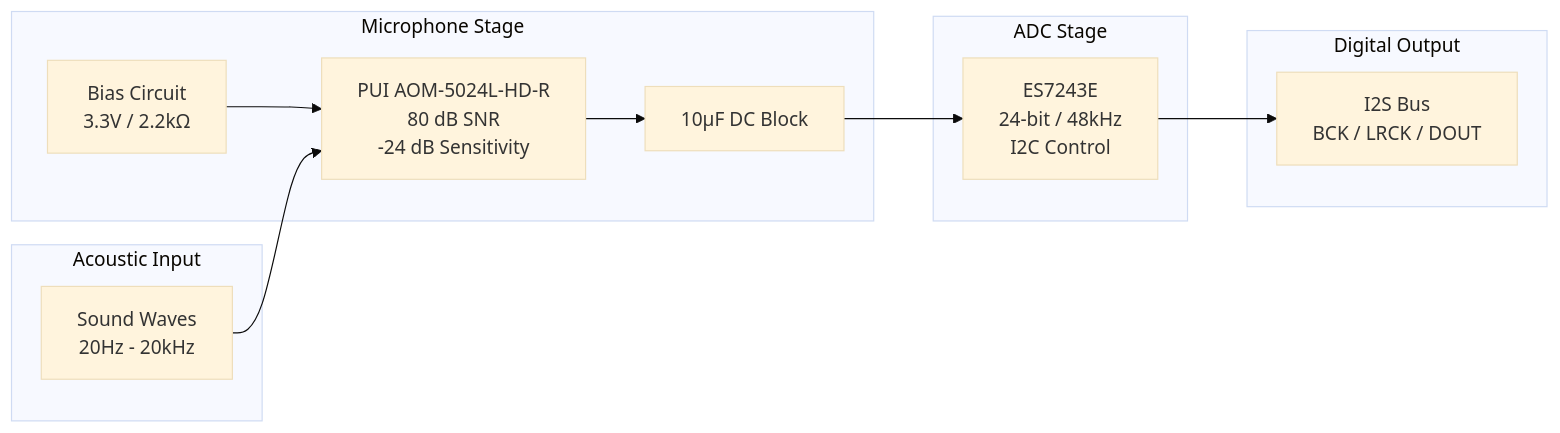
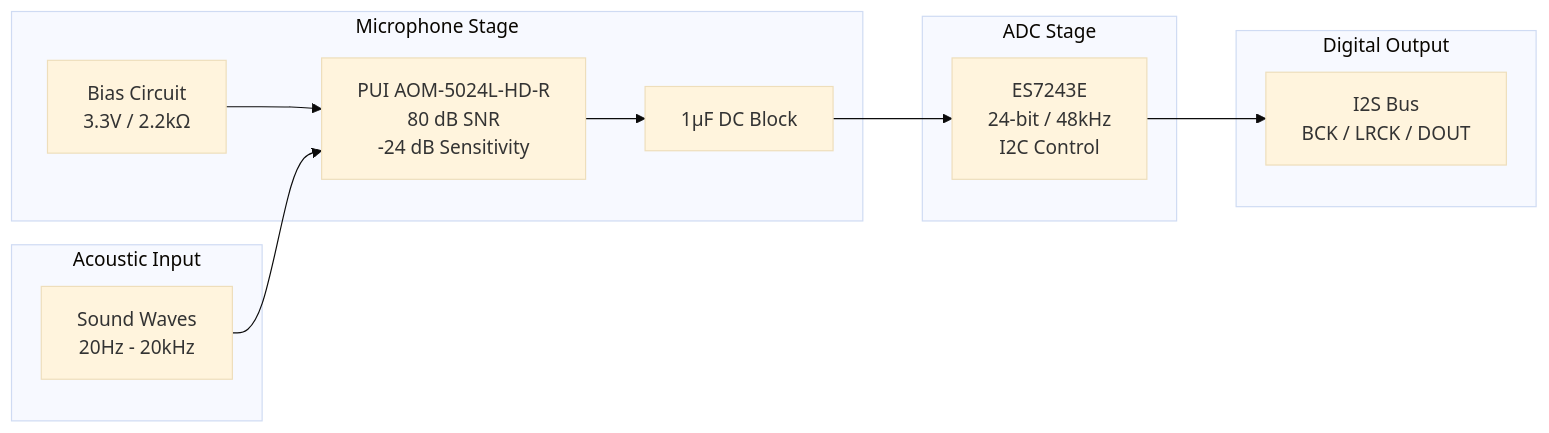
Before and after one commit to chriskinal/QuailTracker: the second of 7 diagrams in QuailARU_Design_Document.md, drawn with Mermaid (base theme). The commit also changed other lines of this file and 4 other files, not shown here.

First line of the commit message:
Change C11 DC block cap from 10µF to 1µF per ES7243E reference design

````diff
--- a/QuailARU_Design_Document.md
+++ b/QuailARU_Design_Document.md
@@ -105,26 +105,26 @@
 ```mermaid
 flowchart LR
     subgraph Acoustic["Acoustic Input"]
         SOUND["Sound Waves<br/>20Hz - 20kHz"]
     end
 
     subgraph Microphone["Microphone Stage"]
         MIC["PUI AOM-5024L-HD-R<br/>80 dB SNR<br/>-24 dB Sensitivity"]
         BIAS["Bias Circuit<br/>3.3V / 2.2kΩ"]
-        CAP["10µF DC Block"]
+        CAP["1µF DC Block"]
         BIAS --> MIC
         MIC --> CAP
     end
 
     subgraph ADC["ADC Stage"]
         ES["ES7243E<br/>24-bit / 48kHz<br/>I2C Control"]
     end
 
     subgraph Digital["Digital Output"]
         I2S["I2S Bus<br/>BCK / LRCK / DOUT"]
     end
 
     SOUND --> MIC
     CAP --> ES
     ES --> I2S
 ```
````
